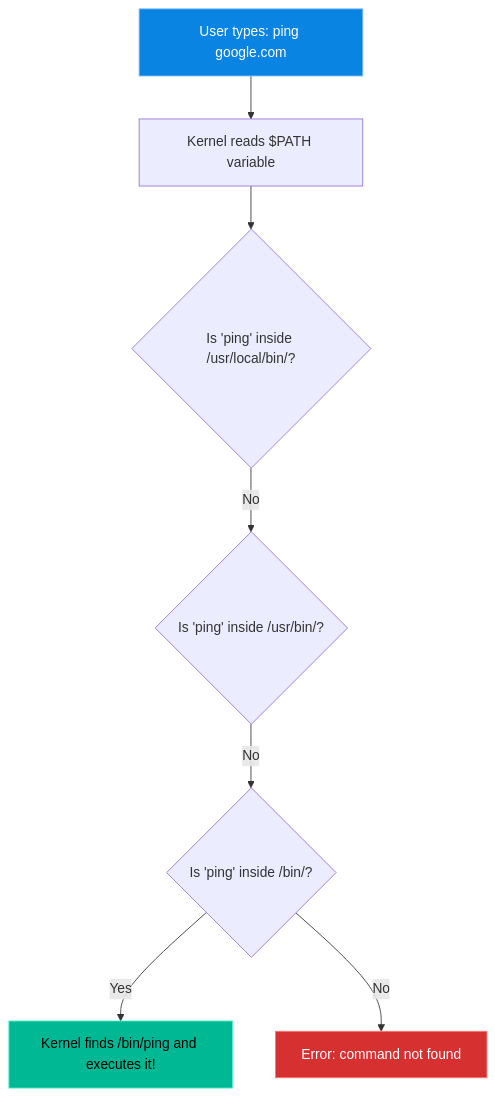
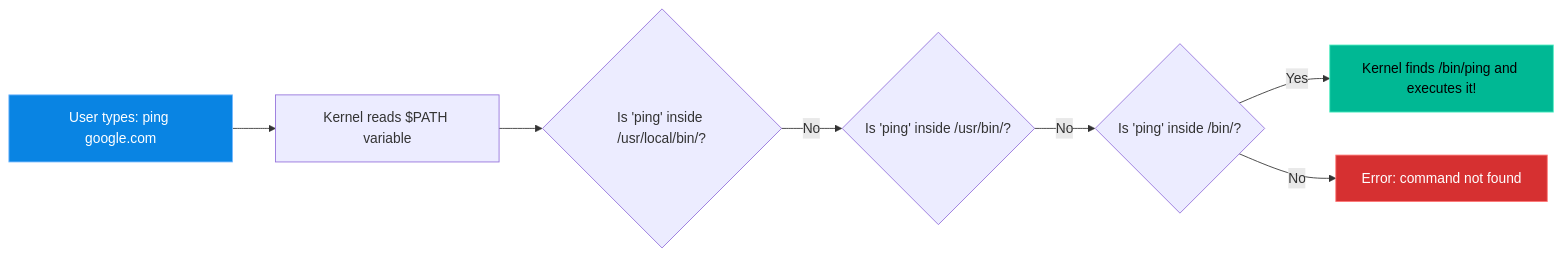
Before and after one commit to laxya911/linux-support-engineer-master-handbook: the diagram in volumes/volume01/chapters/V1-C21-environment-variables.md, drawn with Mermaid. The commit also changed other lines of this file and 140 other files, not shown here.

````diff
--- a/volumes/volume01/chapters/V1-C21-environment-variables.md
+++ b/volumes/volume01/chapters/V1-C21-environment-variables.md
@@ -42,17 +42,17 @@
 ```mermaid
-flowchart TD
+flowchart LR
     A["User types: ping google.com"] --> B["Kernel reads $PATH variable"]
     
     B --> C{"Is 'ping' inside /usr/local/bin/?"}
     C -->|"No"| D{"Is 'ping' inside /usr/bin/?"}
     
     D -->|"No"| E{"Is 'ping' inside /bin/?"}
     
     E -->|"Yes"| F["Kernel finds /bin/ping and executes it!"]
     
     E -->|"No"| G["Error: command not found"]
     
     style A fill:#0984e3,stroke:#74b9ff,color:#fff
     style G fill:#d63031,stroke:#ff7675,color:#fff
     style F fill:#00b894,stroke:#55efc4,color:#000
 ```
````
